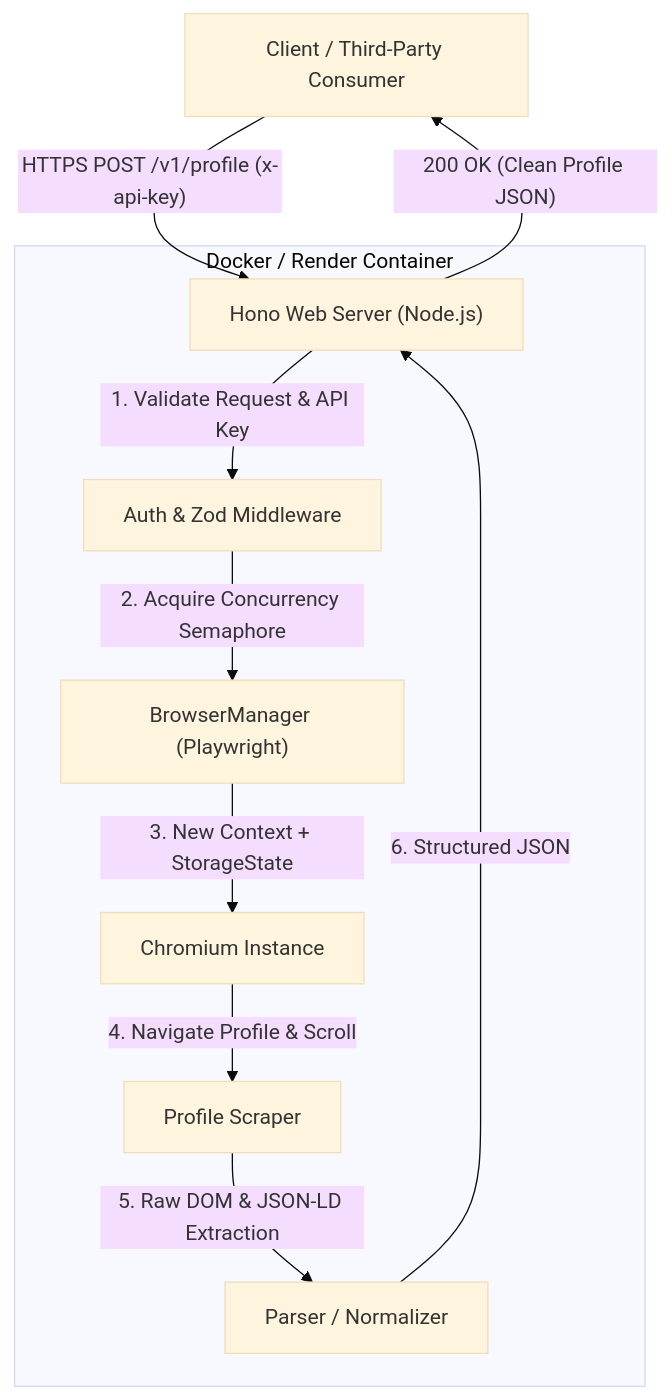
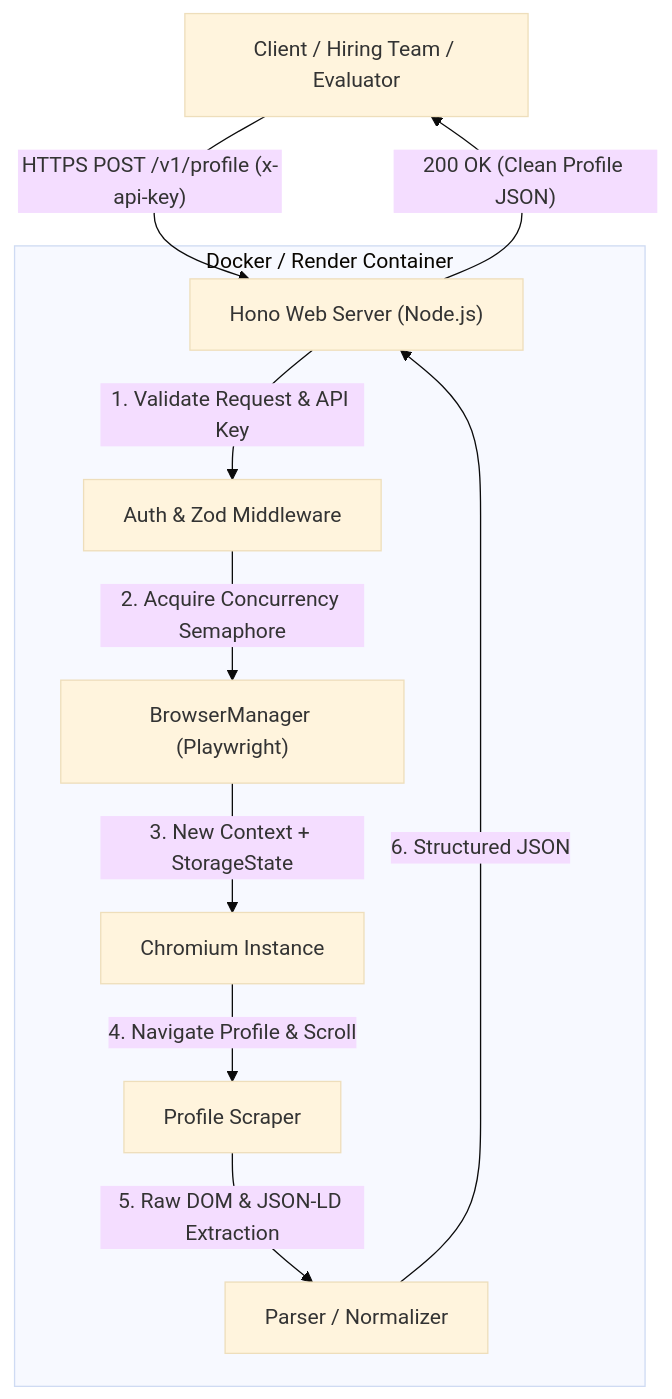
Before and after one commit to Viswesh934/Tross-api-spec: the diagram in README.md, drawn with Mermaid (base theme). The commit also changed other lines of this file and 8 other files, not shown here.

Commit message:
Add HTML documentation for LinkedIn Profile API and enhance UI

````diff
--- a/README.md
+++ b/README.md
@@ -9,15 +20,15 @@
 ```mermaid
 flowchart TD
-    Client["Client / Third-Party Consumer"] -->|"HTTPS POST /v1/profile (x-api-key)"| Hono["Hono Web Server (Node.js)"]
+    Client["Client / Hiring Team / Evaluator"] -->|"HTTPS POST /v1/profile (x-api-key)"| Hono["Hono Web Server (Node.js)"]
     
     subgraph Container ["Docker / Render Container"]
         Hono -->|"1. Validate Request & API Key"| Middleware["Auth & Zod Middleware"]
         Middleware -->|"2. Acquire Concurrency Semaphore"| Manager["BrowserManager (Playwright)"]
         Manager -->|"3. New Context + StorageState"| Chromium["Chromium Instance"]
         Chromium -->|"4. Navigate Profile & Scroll"| Scraper["Profile Scraper"]
         Scraper -->|"5. Raw DOM & JSON-LD Extraction"| Normalizer["Parser / Normalizer"]
         Normalizer -->|"6. Structured JSON"| Hono
     end
 
     Hono -->|"200 OK (Clean Profile JSON)"| Client
 ```
````
